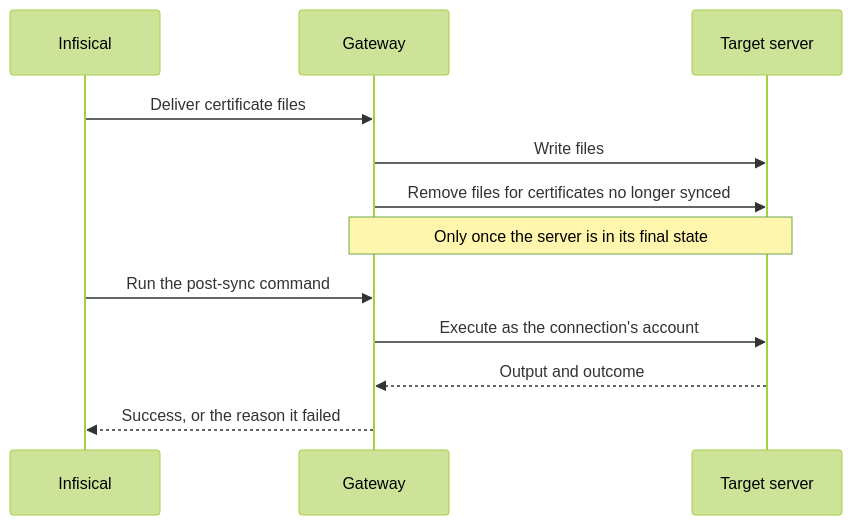
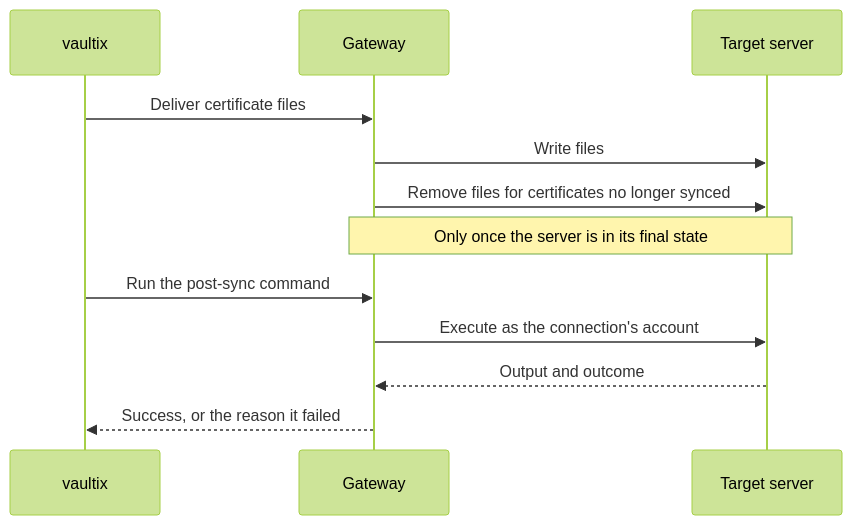
Before and after one commit to shippinAI/vaultix: the diagram in core/docs/documentation/platform/pki/applications/certificate-syncs/linux-server.mdx, drawn with Mermaid (forest theme). The commit also changed other lines of this file and 1202 other files, not shown here.

````diff
--- a/core/docs/documentation/platform/pki/applications/certificate-syncs/linux-server.mdx
+++ b/core/docs/documentation/platform/pki/applications/certificate-syncs/linux-server.mdx
@@ -127,14 +127,14 @@
 ```mermaid
 sequenceDiagram
-    participant I as Infisical
+    participant I as vaultix
     participant G as Gateway
     participant S as Target server
     I->>G: Deliver certificate files
     G->>S: Write files
     G->>S: Remove files for certificates no longer synced
     Note over G,S: Only once the server is in its final state
     I->>G: Run the post-sync command
     G->>S: Execute as the connection's account
     S-->>G: Output and outcome
     G-->>I: Success, or the reason it failed
 ```
````
